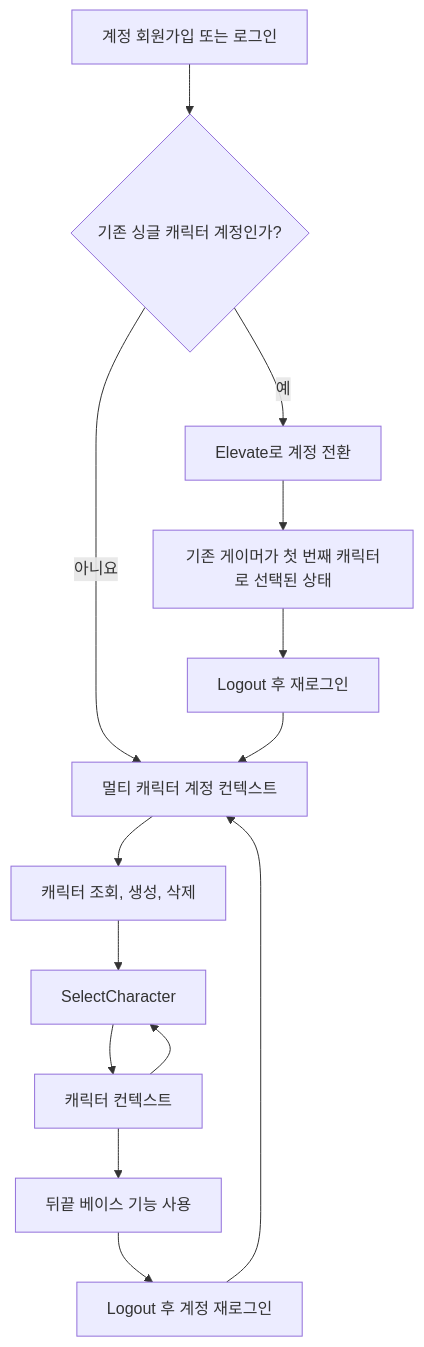
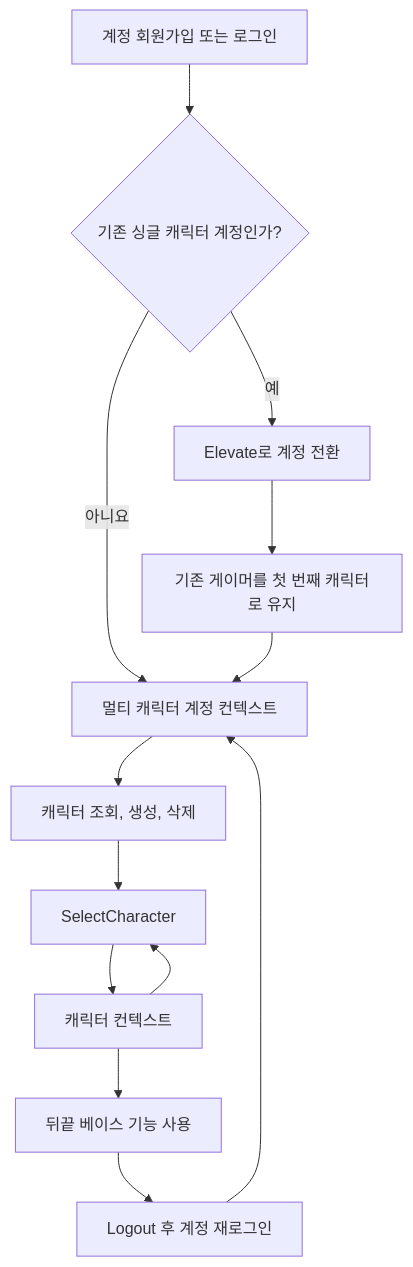
The diagram in sdk-docs/backend/02-base/33-multi-character/01-what-is-multi-character.md (afi-backnd/backnd_developer_docs), drawn with Mermaid before and after one commit. The commit also changed other lines of this file and 19 other files, not shown here.

````diff
--- a/sdk-docs/backend/02-base/33-multi-character/01-what-is-multi-character.md
+++ b/sdk-docs/backend/02-base/33-multi-character/01-what-is-multi-character.md
@@ -38,16 +38,15 @@
 ```mermaid
 flowchart TD
     A["계정 회원가입 또는 로그인"] --> B{"기존 싱글 캐릭터 계정인가?"}
     B -->|예| C["Elevate로 계정 전환"]
     B -->|아니요| D["멀티 캐릭터 계정 컨텍스트"]
-    C --> J["기존 게이머가 첫 번째 캐릭터로 선택된 상태"]
-    J --> K["Logout 후 재로그인"]
-    K --> D
+    C --> J["기존 게이머를 첫 번째 캐릭터로 유지"]
+    J --> D
     D --> E["캐릭터 조회, 생성, 삭제"]
     E --> F["SelectCharacter"]
     F --> G["캐릭터 컨텍스트"]
     G --> H["뒤끝 베이스 기능 사용"]
     G --> F
     H --> I["Logout 후 계정 재로그인"]
     I --> D
 ```
````
